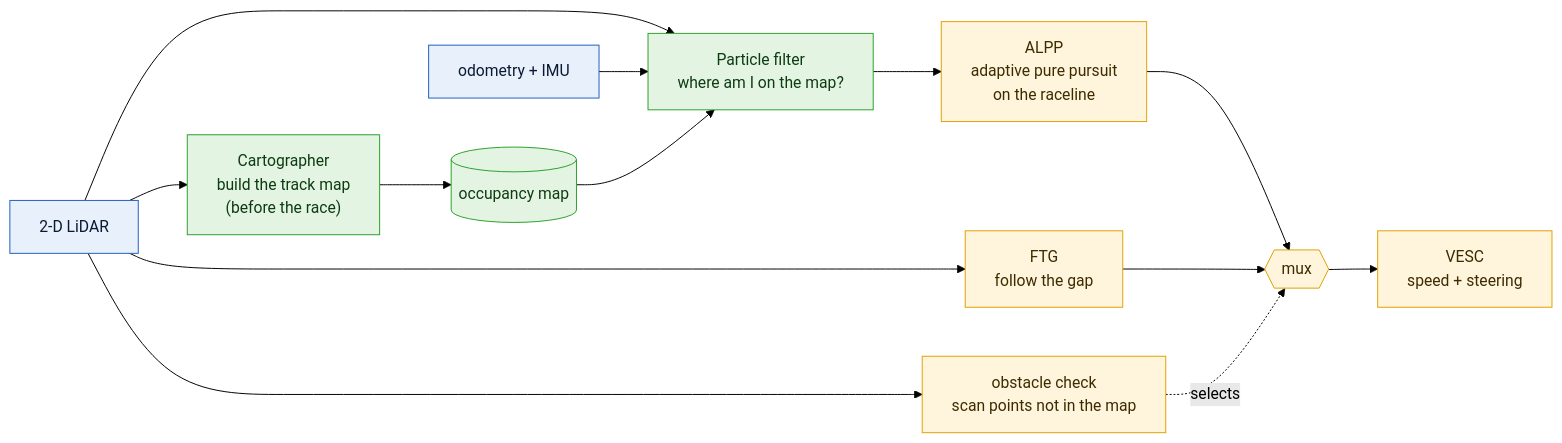
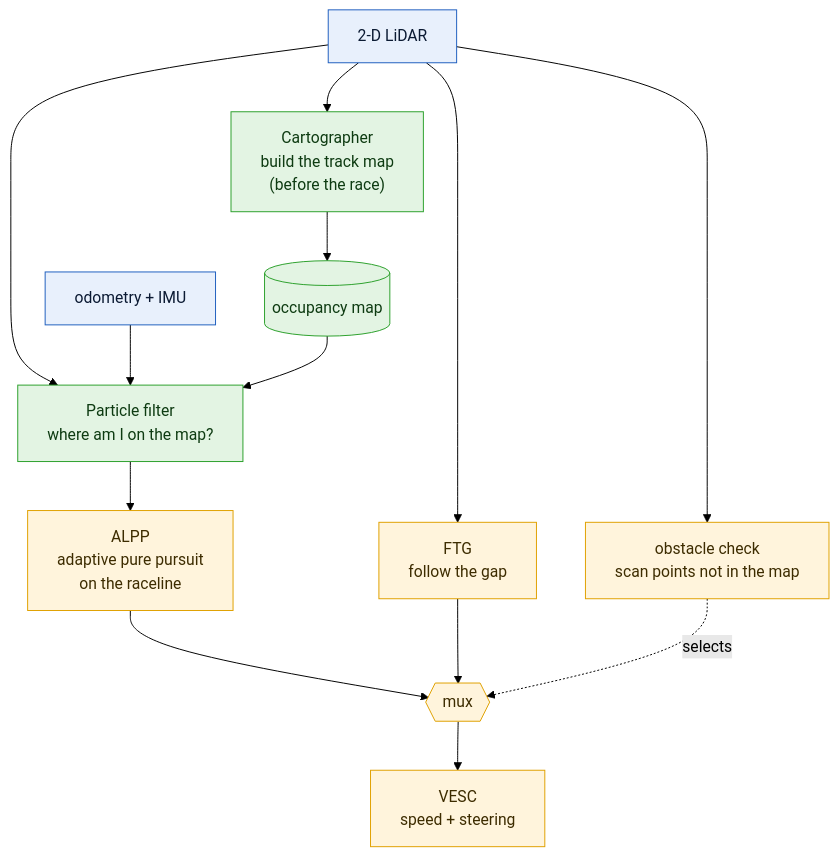
One commit to krunalvaghela1262-eng/SEDRICA-AUTONOMOUS-DRIVING changed the second of 2 diagrams in README.md. Above: the diagram before and after it, drawn with Mermaid (forest theme). The commit also changed other lines of this file, not shown here.

Commit message:
Make the architecture diagrams vertical so they are readable

````diff
--- a/README.md
+++ b/README.md
@@ -72,21 +72,21 @@
 ```mermaid
-flowchart LR
+flowchart TD
     Li["2-D LiDAR"] --> C["Cartographer<br/>build the track map<br/>(before the race)"]
     C --> Map[("occupancy map")]
     Li --> PF["Particle filter<br/>where am I on the map?"]
     O["odometry + IMU"] --> PF
     Map --> PF
     PF --> A["ALPP<br/>adaptive pure pursuit<br/>on the raceline"]
     Li --> F["FTG<br/>follow the gap"]
     Li --> Det["obstacle check<br/>scan points not in the map"]
     A --> MX{{"mux"}}
     F --> MX
     Det -. selects .-> MX
     MX --> V["VESC<br/>speed + steering"]
     classDef s fill:#e8f0fc,stroke:#1f5fbf,color:#0b1a33
     classDef p fill:#e3f4e3,stroke:#2ca02c,color:#0e3b12
     classDef c fill:#fff4dc,stroke:#e0a100,color:#3d2c00
     class Li,O s
     class C,Map,PF p
     class A,F,Det,MX,V c
 ```
````
